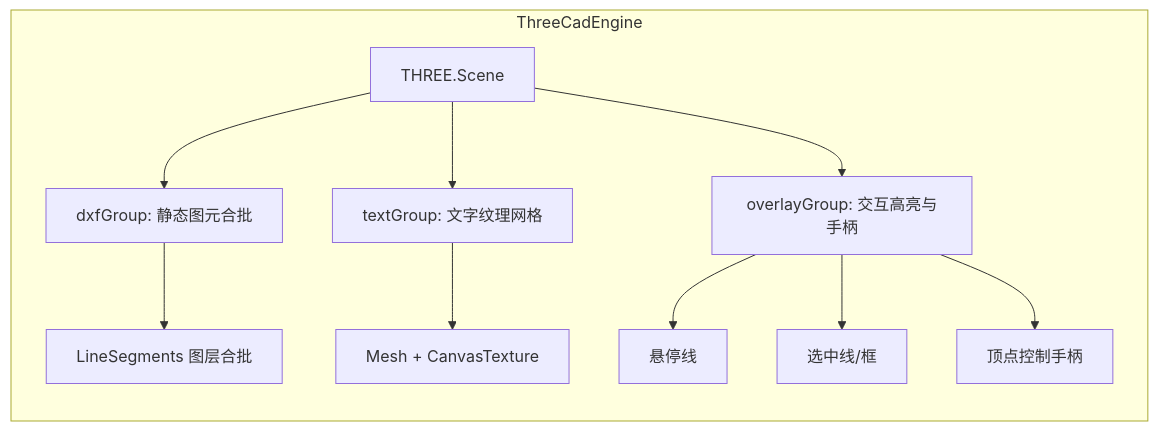
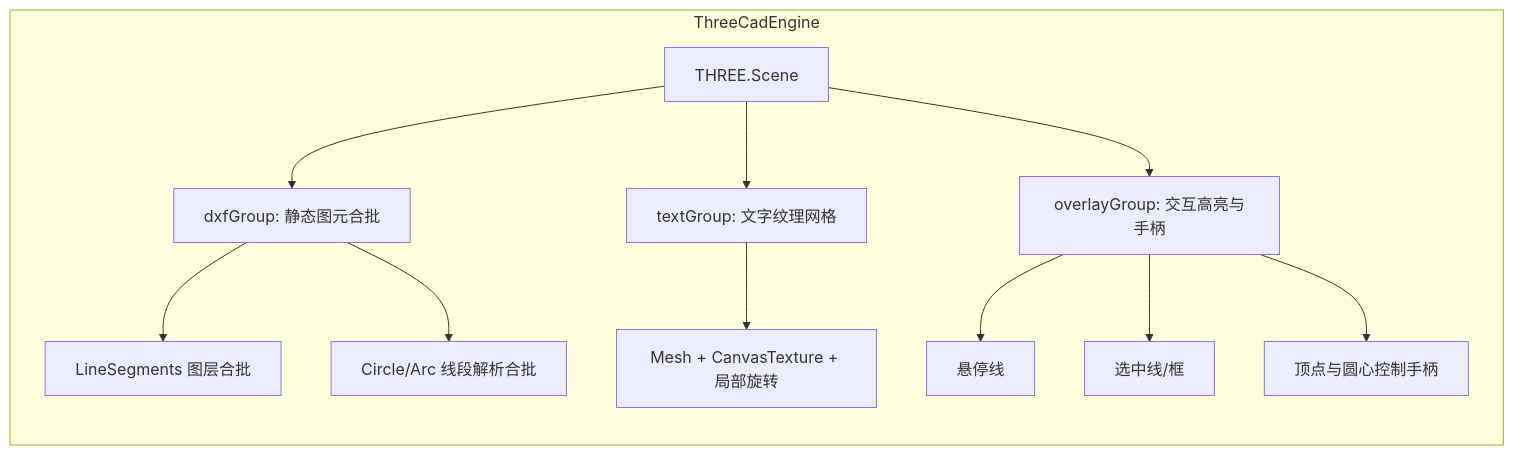
Before and after one commit to NovaMindLab/pdf_to_cad_pro: the second of 6 diagrams in wiki/Implementation_Details.md, drawn with Mermaid. The commit also changed other lines of this file and 3 other files, not shown here.

````diff
--- a/wiki/Implementation_Details.md
+++ b/wiki/Implementation_Details.md
@@ -93,14 +136,15 @@
 ```mermaid
 graph LR
     subgraph ThreeCadEngine
         Scene[THREE.Scene]
         Scene --> DxfGroup[dxfGroup: 静态图元合批]
         Scene --> TextGroup[textGroup: 文字纹理网格]
         Scene --> OverlayGroup[overlayGroup: 交互高亮与手柄]
         DxfGroup --> LineBatches[LineSegments 图层合批]
-        TextGroup --> TextMeshes[Mesh + CanvasTexture]
+        DxfGroup --> CircleBatches[Circle/Arc 线段解析合批]
+        TextGroup --> TextMeshes[Mesh + CanvasTexture + 局部旋转]
         OverlayGroup --> HoverLine[悬停线]
         OverlayGroup --> SelectedLine[选中线/框]
-        OverlayGroup --> GripPoints[顶点控制手柄]
+        OverlayGroup --> GripPoints[顶点与圆心控制手柄]
     end
 ```
````
